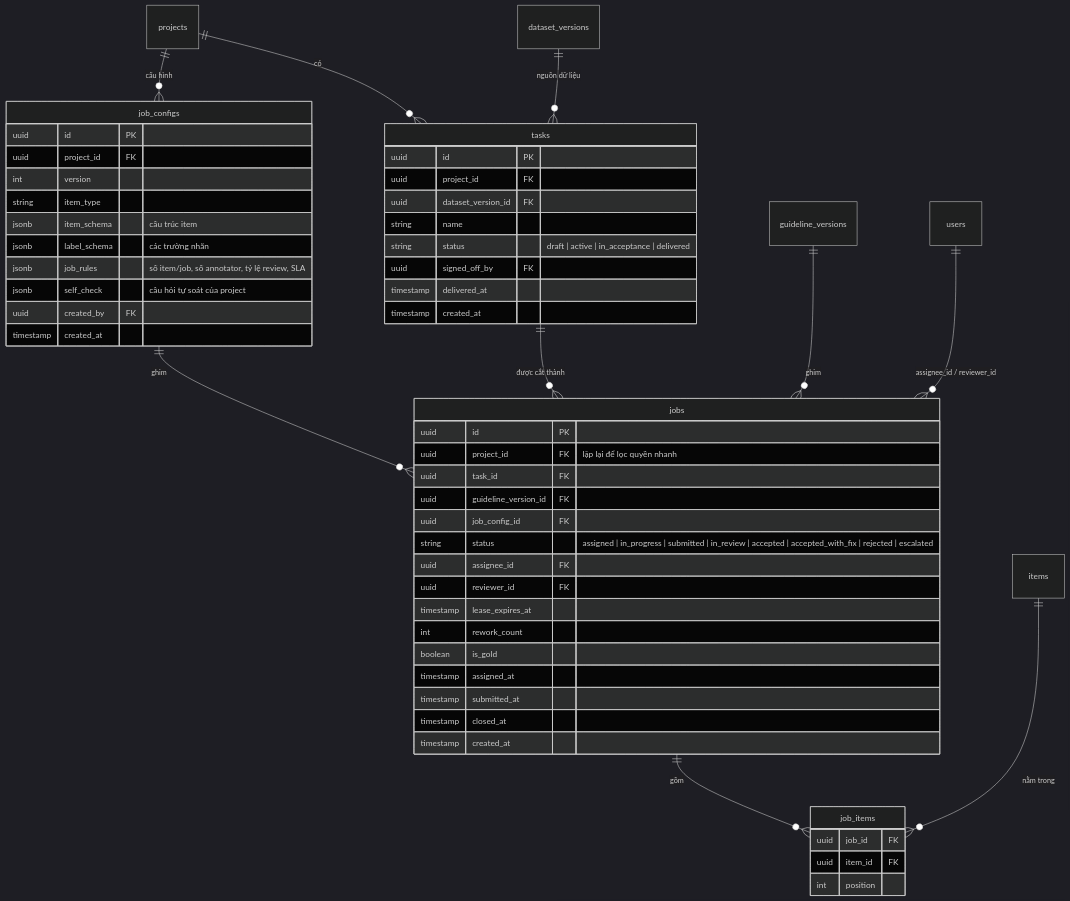
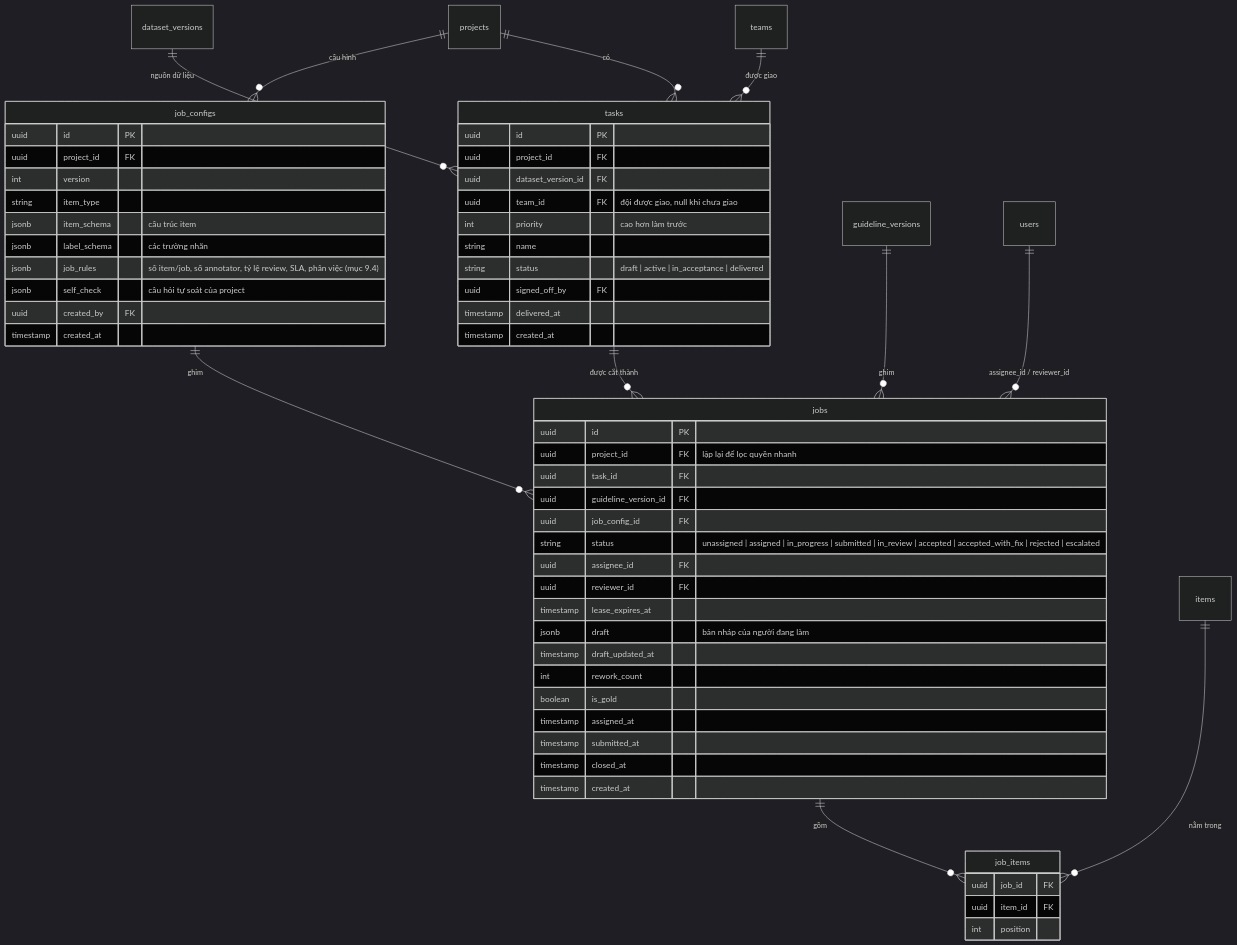
The sixth of 12 diagrams in docs/database_design.md (ducloc24/Annocollector), drawn with Mermaid (dark theme) before and after one commit. The commit also changed other lines of this file and 5 other files, not shown here.

````diff
--- a/docs/database_design.md
+++ b/docs/database_design.md
@@ -459,57 +495,62 @@
 ```mermaid
 erDiagram
     projects ||--o{ job_configs : "cấu hình"
     projects ||--o{ tasks : "có"
     dataset_versions ||--o{ tasks : "nguồn dữ liệu"
     tasks ||--o{ jobs : "được cắt thành"
     job_configs ||--o{ jobs : "ghim"
     guideline_versions ||--o{ jobs : "ghim"
     jobs ||--o{ job_items : "gồm"
     items ||--o{ job_items : "nằm trong"
     users ||--o{ jobs : "assignee_id / reviewer_id"
+    teams ||--o{ tasks : "được giao"
 
     job_configs {
         uuid id PK
         uuid project_id FK
         int version
         string item_type
         jsonb item_schema "cấu trúc item"
         jsonb label_schema "các trường nhãn"
-        jsonb job_rules "số item/job, số annotator, tỷ lệ review, SLA"
+        jsonb job_rules "số item/job, số annotator, tỷ lệ review, SLA, phân việc (mục 9.4)"
         jsonb self_check "câu hỏi tự soát của project"
         uuid created_by FK
         timestamp created_at
     }
     tasks {
         uuid id PK
         uuid project_id FK
         uuid dataset_version_id FK
+        uuid team_id FK "đội được giao, null khi chưa giao"
+        int priority "cao hơn làm trước"
         string name
         string status "draft | active | in_acceptance | delivered"
         uuid signed_off_by FK
         timestamp delivered_at
         timestamp created_at
     }
     jobs {
         uuid id PK
         uuid project_id FK "lặp lại để lọc quyền nhanh"
         uuid task_id FK
         uuid guideline_version_id FK
         uuid job_config_id FK
-        string status "assigned | in_progress | submitted | in_review | accepted | accepted_with_fix | rejected | escalated"
+        string status "unassigned | assigned | in_progress | submitted | in_review | accepted | accepted_with_fix | rejected | escalated"
         uuid assignee_id FK
         uuid reviewer_id FK
         timestamp lease_expires_at
+        jsonb draft "bản nháp của người đang làm"
+        timestamp draft_updated_at
         int rework_count
         boolean is_gold
         timestamp assigned_at
         timestamp submitted_at
         timestamp closed_at
         timestamp created_at
     }
     job_items {
         uuid job_id FK
         uuid item_id FK
         int position
     }
 ```
````
